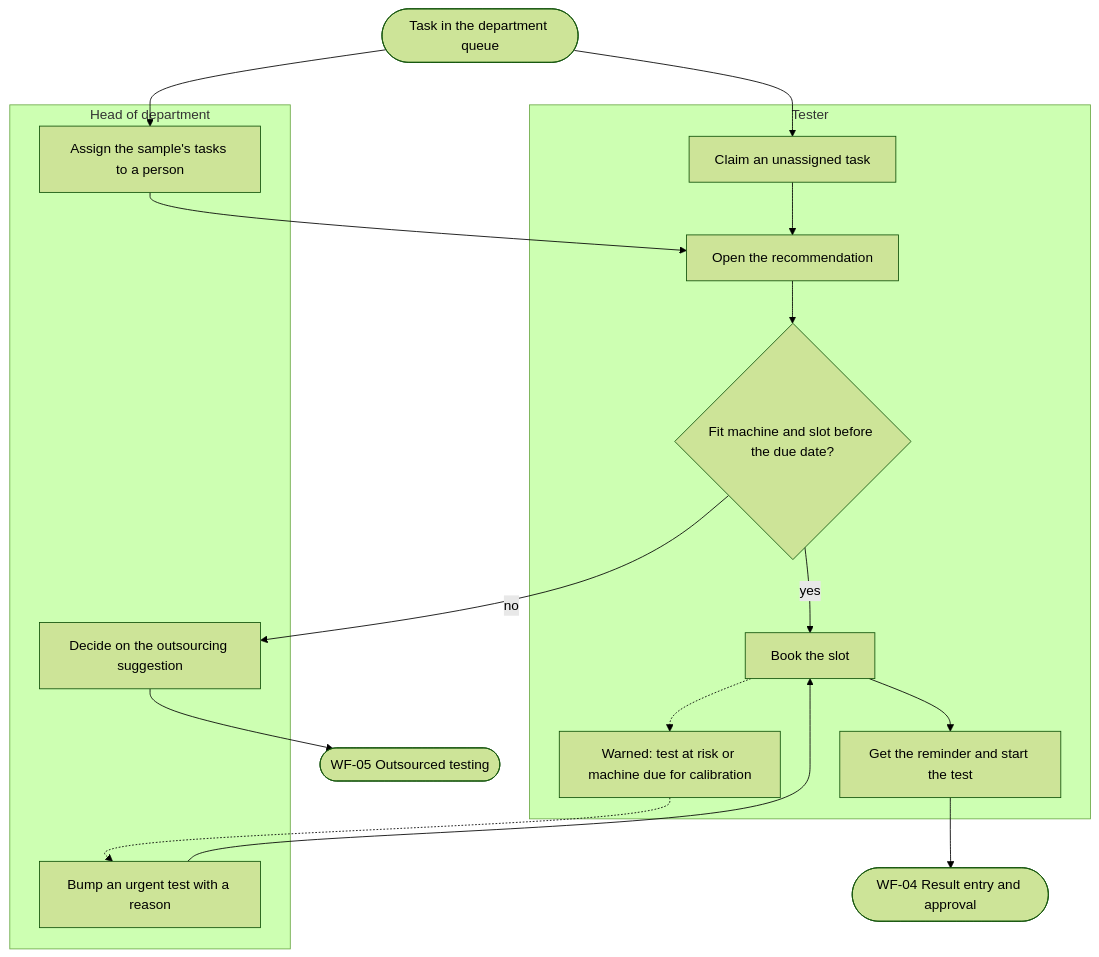
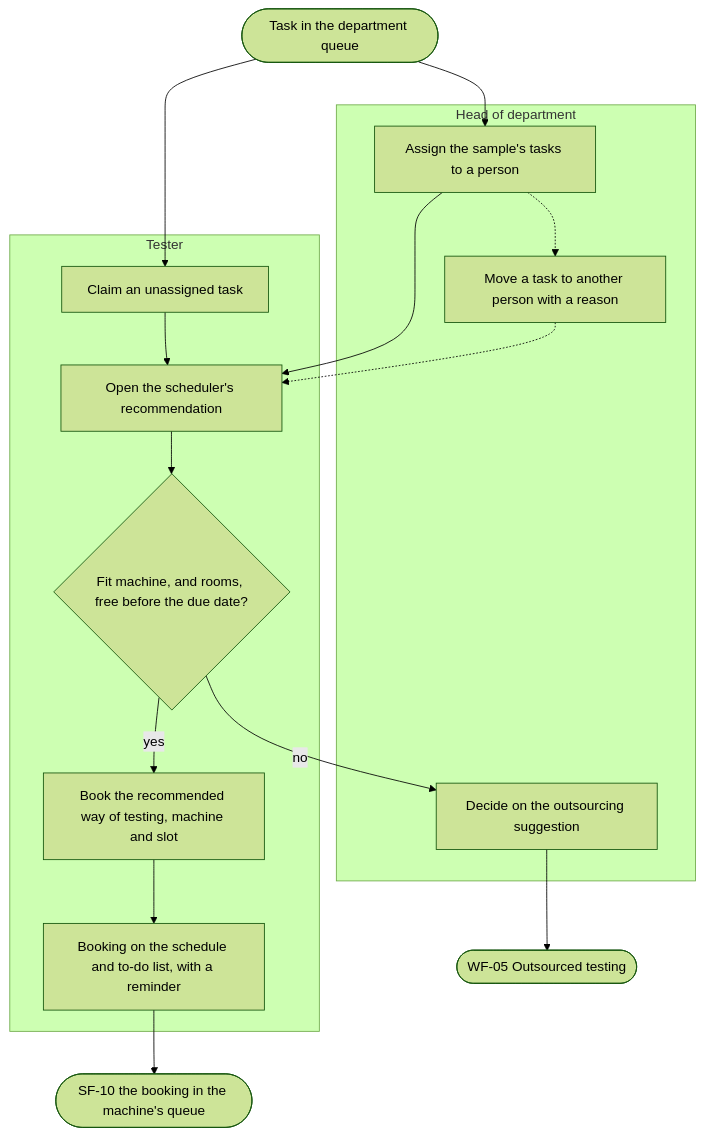
One commit to SoltuneMontepre/medilab changed the third of 17 diagrams in docs/functional/business-flows.md. Above: the diagram before and after it, drawn with Mermaid (forest theme). The commit also changed other lines of this file and 1 other file, not shown here.

Commit message:
[docs] Separate the machine queue and result dates flows and keep only exceptions that recover

````diff
--- a/docs/functional/business-flows.md
+++ b/docs/functional/business-flows.md
@@ -150,21 +134,19 @@
 ```mermaid
 flowchart TD
     subgraph lane8 ["Head of department"]
-        h1[Assign the sample's tasks to a person] 
-        h2[Bump an urgent test with a reason]
+        h1[Assign the sample's tasks to a person]
+        h2[Move a task to another person with a reason]
         h3[Decide on the outsourcing suggestion]
     end
     subgraph lane9 ["Tester"]
         t1[Claim an unassigned task]
-        t2[Open the recommendation] --> t3{Fit machine and slot before the due date?}
-        t3 -->|yes| t4[Book the slot]
-        t4 --> t5[Get the reminder and start the test]
-        t6["Warned: test at risk or machine due for calibration"]
+        t2[Open the scheduler's recommendation] --> t3{"Fit machine, and rooms, free before the due date?"}
+        t3 -->|yes| t4[Book the recommended way of testing, machine and slot]
+        t4 --> t5[Booking on the schedule and to-do list, with a reminder]
     end
     queue([Task in the department queue]) --> h1 --> t2
     queue --> t1 --> t2
+    h1 -.-> h2 -.-> t2
     t3 -->|no| h3 --> wf05([WF-05 Outsourced testing])
-    t4 -.-> t6
-    t6 -.-> h2 --> t4
-    t5 --> wf04([WF-04 Result entry and approval])
+    t5 --> sf10([SF-10 the booking in the machine's queue])
 ```
````
